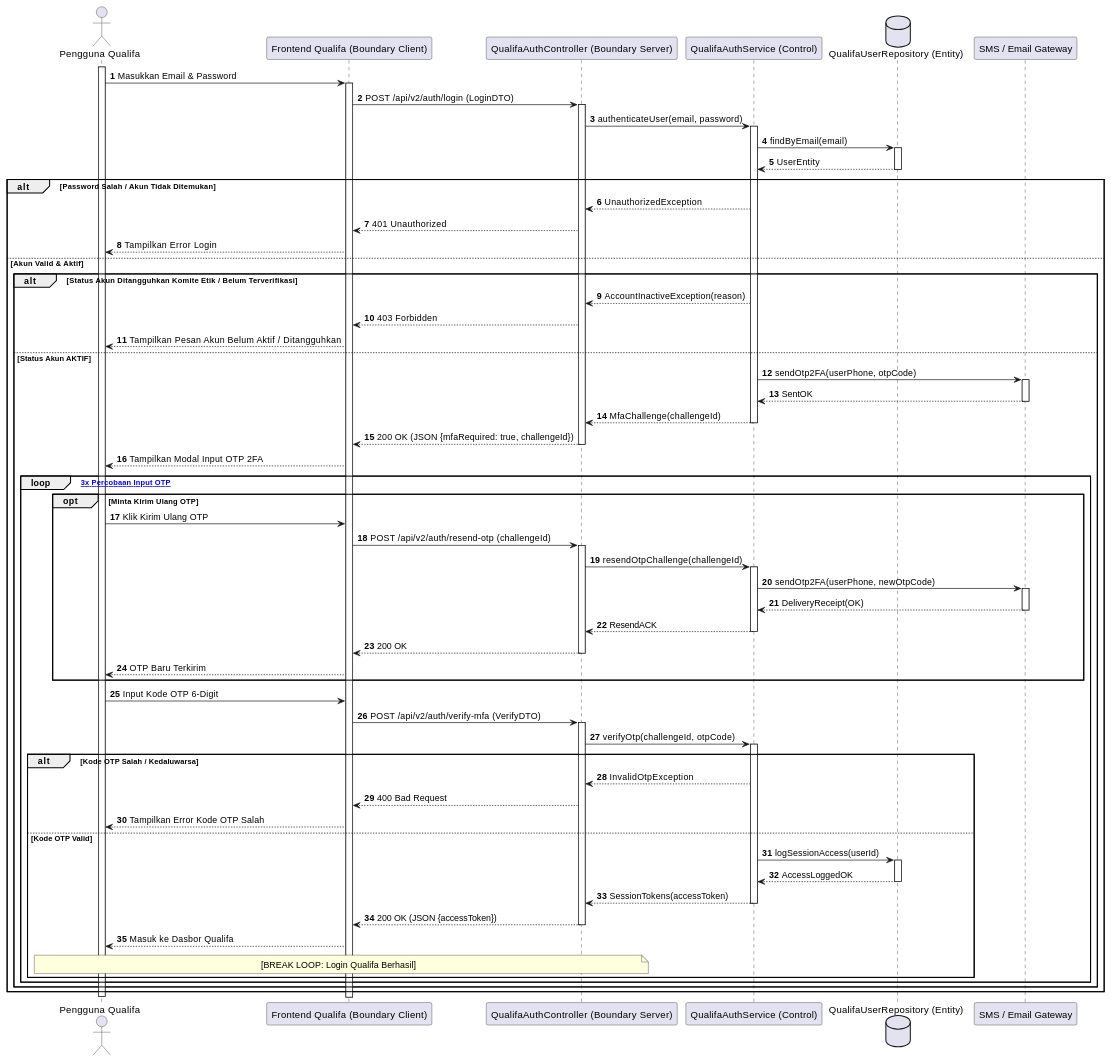
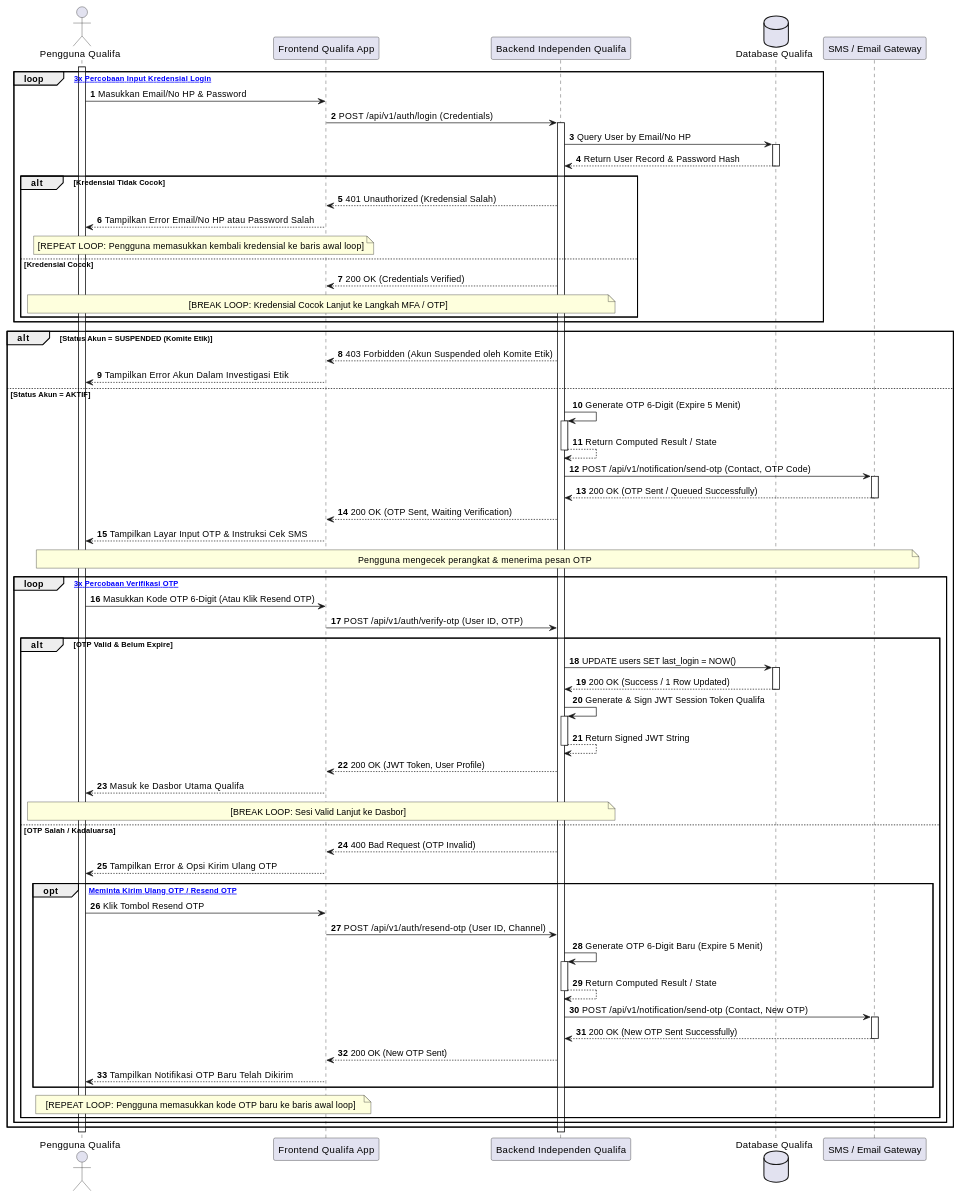
Before and after one commit to tupperwureism/SuperApp-Gagal: diagram 18 of 28 in MarkDown/plantuml_sequence_diagrams.md, drawn with PlantUML. The commit also changed other lines of this file and 3 other files, not shown here.

````diff
--- a/MarkDown/plantuml_sequence_diagrams.md
+++ b/MarkDown/plantuml_sequence_diagrams.md
@@ -1047,67 +1350,74 @@
 ```plantuml
 @startuml
 autonumber
 actor "Pengguna Qualifa" as User
-participant "Frontend Qualifa (Boundary Client)" as B_FE
-participant "QualifaAuthController (Boundary Server)" as B_BE
-participant "QualifaAuthService (Control)" as C_Svc
-database "QualifaUserRepository (Entity)" as E_DB
+participant "Frontend Qualifa App" as FE
+participant "Backend Independen Qualifa" as BE
+database "Database Qualifa" as DB
 participant "SMS / Email Gateway" as SMS
 
 activate User
-User -> B_FE ++ : Masukkan Email & Password
-B_FE -> B_BE ++ : POST /api/v2/auth/login (LoginDTO)
-B_BE -> C_Svc ++ : authenticateUser(email, password)
-C_Svc -> E_DB ++ : findByEmail(email)
-E_DB --> C_Svc -- : UserEntity
+loop [Maksimal 3x Percobaan Input Kredensial Login]
+    User -> FE : Masukkan Email/No HP & Password
+    FE -> BE ++ : POST /api/v1/auth/login (Credentials)
 
-alt Password Salah / Akun Tidak Ditemukan
-    C_Svc --> B_BE : UnauthorizedException
-    B_BE --> B_FE : 401 Unauthorized
-    B_FE --> User : Tampilkan Error Login
-else Akun Valid & Aktif
-    alt Status Akun Ditangguhkan Komite Etik / Belum Terverifikasi
-        C_Svc --> B_BE : AccountInactiveException(reason)
-        B_BE --> B_FE : 403 Forbidden
-        B_FE --> User : Tampilkan Pesan Akun Belum Aktif / Ditangguhkan
-    else Status Akun AKTIF
-        C_Svc -> SMS ++ : sendOtp2FA(userPhone, otpCode)
-        SMS --> C_Svc -- : SentOK
-        C_Svc --> B_BE -- : MfaChallenge(challengeId)
-        B_BE --> B_FE -- : 200 OK (JSON {mfaRequired: true, challengeId})
-        B_FE --> User : Tampilkan Modal Input OTP 2FA
+    BE -> DB ++ : Query User by Email/No HP
+    DB --> BE -- : Return User Record & Password Hash
 
-        loop [Maksimal 3x Percobaan Input OTP]
-            opt Minta Kirim Ulang OTP
-                User -> B_FE : Klik Kirim Ulang OTP
-                B_FE -> B_BE ++ : POST /api/v2/auth/resend-otp (challengeId)
-                B_BE -> C_Svc ++ : resendOtpChallenge(challengeId)
-                C_Svc -> SMS ++ : sendOtp2FA(userPhone, newOtpCode)
-                SMS --> C_Svc -- : DeliveryReceipt(OK)
-                C_Svc --> B_BE -- : ResendACK
-                B_BE --> B_FE -- : 200 OK
-                B_FE --> User : OTP Baru Terkirim
+    alt Kredensial Tidak Cocok
+        BE --> FE : 401 Unauthorized (Kredensial Salah)
+        FE --> User : Tampilkan Error Email/No HP atau Password Salah
+        note over User, FE : [REPEAT LOOP: Pengguna memasukkan kembali kredensial ke baris awal loop]
+    else Kredensial Cocok
+        BE --> FE : 200 OK (Credentials Verified)
+        note over User, BE : [BREAK LOOP: Kredensial Cocok Lanjut ke Langkah MFA / OTP]
+    end
+end
+
+alt Status Akun = SUSPENDED (Komite Etik)
+    BE --> FE : 403 Forbidden (Akun Suspended oleh Komite Etik)
+    FE --> User : Tampilkan Error Akun Dalam Investigasi Etik
+else Status Akun = AKTIF
+    BE -> BE ++ : Generate OTP 6-Digit (Expire 5 Menit)
+    BE --> BE -- : Return Computed Result / State
+    BE -> SMS ++ : POST /api/v1/notification/send-otp (Contact, OTP Code)
+    SMS --> BE -- : 200 OK (OTP Sent / Queued Successfully)
+    BE --> FE : 200 OK (OTP Sent, Waiting Verification)
+    FE --> User : Tampilkan Layar Input OTP & Instruksi Cek SMS
+    note over User, SMS : Pengguna mengecek perangkat & menerima pesan OTP
+    
+    loop [Maksimal 3x Percobaan Verifikasi OTP]
+        User -> FE : Masukkan Kode OTP 6-Digit (Atau Klik Resend OTP)
+        FE -> BE : POST /api/v1/auth/verify-otp (User ID, OTP)
+        
+        alt OTP Valid & Belum Expire
+            BE -> DB ++ : UPDATE users SET last_login = NOW()
+            DB --> BE -- : 200 OK (Success / 1 Row Updated)
+            BE -> BE ++ : Generate & Sign JWT Session Token Qualifa
+            BE --> BE -- : Return Signed JWT String
+            BE --> FE : 200 OK (JWT Token, User Profile)
+            FE --> User : Masuk ke Dasbor Utama Qualifa
+            note over User, BE : [BREAK LOOP: Sesi Valid Lanjut ke Dasbor]
+        else OTP Salah / Kadaluarsa
+            BE --> FE : 400 Bad Request (OTP Invalid)
+            FE --> User : Tampilkan Error & Opsi Kirim Ulang OTP
+            
+            opt [Pengguna Meminta Kirim Ulang OTP / Resend OTP]
+                User -> FE : Klik Tombol Resend OTP
+                FE -> BE : POST /api/v1/auth/resend-otp (User ID, Channel)
+                BE -> BE ++ : Generate OTP 6-Digit Baru (Expire 5 Menit)
+                BE --> BE -- : Return Computed Result / State
+                BE -> SMS ++ : POST /api/v1/notification/send-otp (Contact, New OTP)
+                SMS --> BE -- : 200 OK (New OTP Sent Successfully)
+                BE --> FE : 200 OK (New OTP Sent)
+                FE --> User : Tampilkan Notifikasi OTP Baru Telah Dikirim
             end
-
-            User -> B_FE : Input Kode OTP 6-Digit
-            B_FE -> B_BE ++ : POST /api/v2/auth/verify-mfa (VerifyDTO)
-            B_BE -> C_Svc ++ : verifyOtp(challengeId, otpCode)
-
-            alt Kode OTP Salah / Kedaluwarsa
-                C_Svc --> B_BE : InvalidOtpException
-                B_BE --> B_FE : 400 Bad Request
-                B_FE --> User : Tampilkan Error Kode OTP Salah
-            else Kode OTP Valid
-                C_Svc -> E_DB ++ : logSessionAccess(userId)
-                E_DB --> C_Svc -- : AccessLoggedOK
-                C_Svc --> B_BE -- : SessionTokens(accessToken)
-                B_BE --> B_FE -- : 200 OK (JSON {accessToken})
-                B_FE --> User : Masuk ke Dasbor Qualifa
-                note over User, B_BE : [BREAK LOOP: Login Qualifa Berhasil]
-            end
+            note over User, FE : [REPEAT LOOP: Pengguna memasukkan kode OTP baru ke baris awal loop]
         end
     end
 end
+deactivate BE
+deactivate FE
 deactivate User
 @enduml
 ```
````
